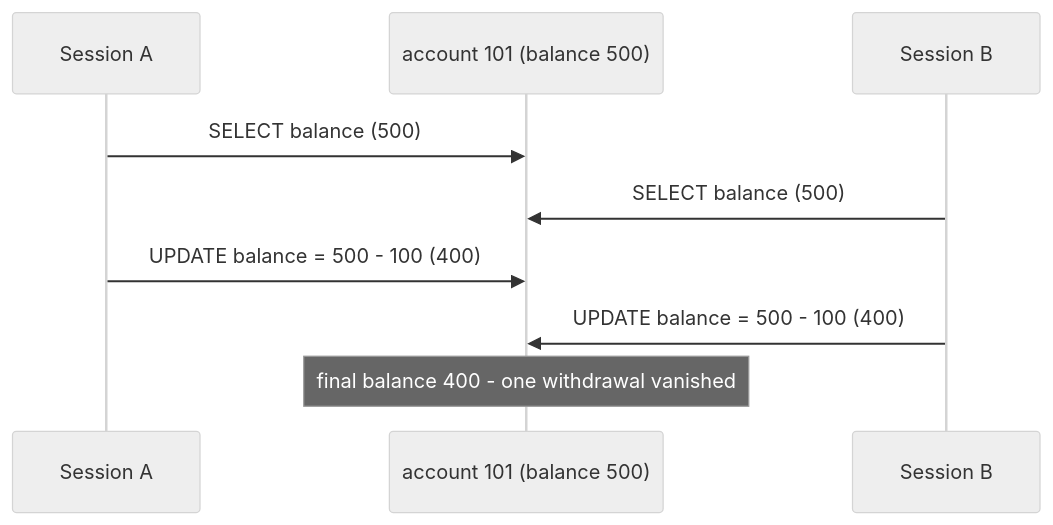
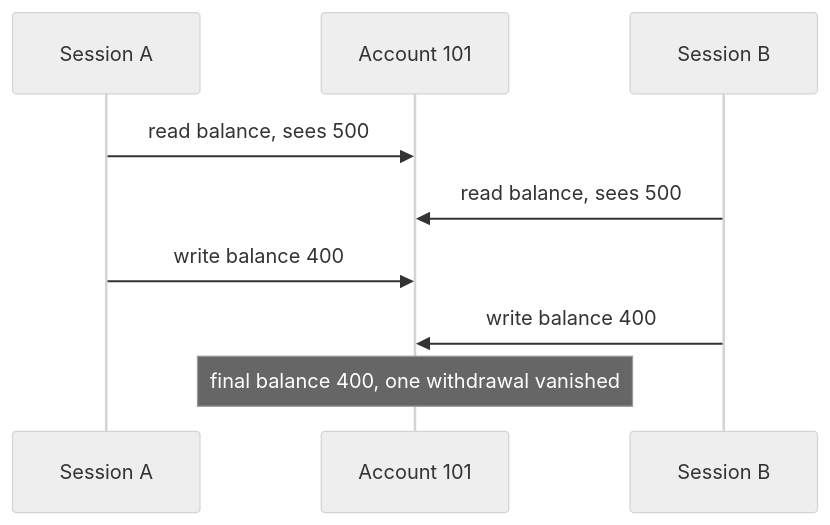
The first of 2 diagrams in src/sql/lessons/23-locking.md (alvinnew100/grand-line-study-guide), drawn with Mermaid (neutral theme) before and after one commit. The commit also changed other lines of this file and 60 other files, not shown here.

````diff
--- a/src/sql/lessons/23-locking.md
+++ b/src/sql/lessons/23-locking.md
@@ -15,11 +27,11 @@
 ```mermaid
 sequenceDiagram
     participant A as Session A
-    participant DB as account 101 (balance 500)
+    participant DB as Account 101
     participant B as Session B
-    A->>DB: SELECT balance (500)
-    B->>DB: SELECT balance (500)
-    A->>DB: UPDATE balance = 500 - 100 (400)
-    B->>DB: UPDATE balance = 500 - 100 (400)
-    Note over DB: final balance 400 - one withdrawal vanished
+    A->>DB: read balance, sees 500
+    B->>DB: read balance, sees 500
+    A->>DB: write balance 400
+    B->>DB: write balance 400
+    Note over DB: final balance 400, one withdrawal vanished
 ```
````
